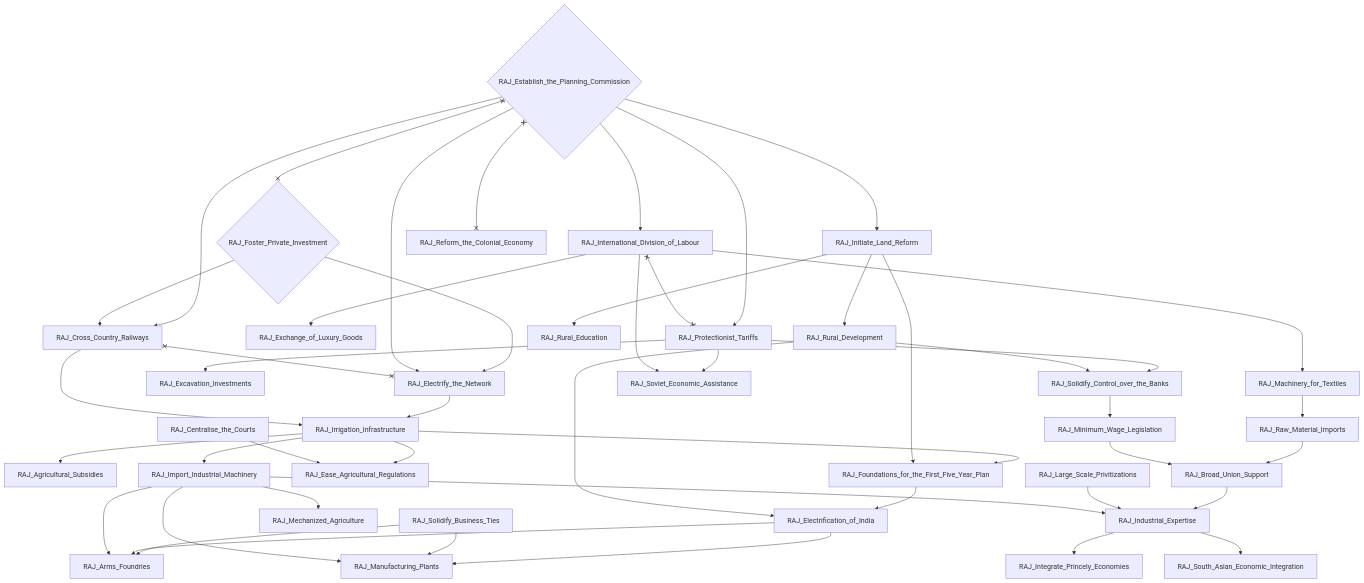
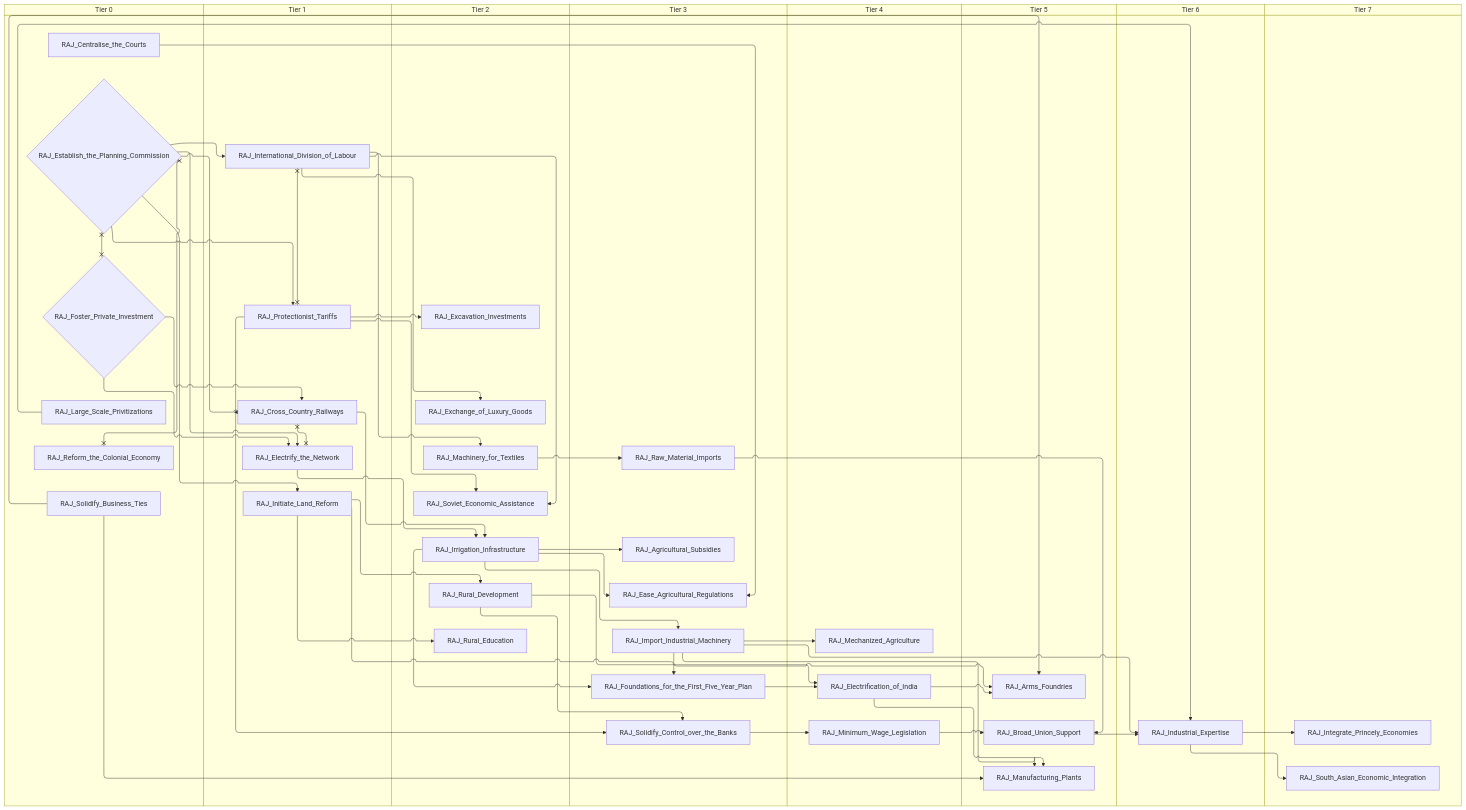
One commit to evgeny-sobol/hoi4-sandbox-mode-r56 changed the first of 7 diagrams in docs/gdd/National Focuses/r56/r56_india_shared.md. Above: the diagram before and after it, drawn with Mermaid. The commit also changed other lines of this file and 423 other files, not shown here.

First line of the commit message:
Re-export Rt56 focus trees as swimlane diagrams

````diff
--- a/docs/gdd/National Focuses/r56/r56_india_shared.md
+++ b/docs/gdd/National Focuses/r56/r56_india_shared.md
@@ -3,82 +3,98 @@
 ```mermaid
-flowchart TD
-    n1["RAJ_Agricultural_Subsidies"]
-    n2["RAJ_Arms_Foundries"]
-    n3["RAJ_Broad_Union_Support"]
-    n4["RAJ_Centralise_the_Courts"]
-    n5["RAJ_Cross_Country_Railways"]
-    n6["RAJ_Ease_Agricultural_Regulations"]
-    n7["RAJ_Electrification_of_India"]
-    n8["RAJ_Electrify_the_Network"]
-    n9{"RAJ_Establish_the_Planning_Commission"}
-    n10["RAJ_Excavation_Investments"]
-    n11["RAJ_Exchange_of_Luxury_Goods"]
-    n12{"RAJ_Foster_Private_Investment"}
-    n13["RAJ_Foundations_for_the_First_Five_Year_Plan"]
-    n14["RAJ_Import_Industrial_Machinery"]
-    n15["RAJ_Industrial_Expertise"]
-    n16["RAJ_Initiate_Land_Reform"]
-    n17["RAJ_Integrate_Princely_Economies"]
-    n18["RAJ_International_Division_of_Labour"]
-    n19["RAJ_Irrigation_Infrastructure"]
-    n20["RAJ_Large_Scale_Privitizations"]
-    n21["RAJ_Machinery_for_Textiles"]
-    n22["RAJ_Manufacturing_Plants"]
-    n23["RAJ_Mechanized_Agriculture"]
-    n24["RAJ_Minimum_Wage_Legislation"]
-    n25["RAJ_Protectionist_Tariffs"]
-    n26["RAJ_Raw_Material_Imports"]
-    n27["RAJ_Reform_the_Colonial_Economy"]
-    n28["RAJ_Rural_Development"]
-    n29["RAJ_Rural_Education"]
-    n30["RAJ_Solidify_Business_Ties"]
-    n31["RAJ_Solidify_Control_over_the_Banks"]
-    n32["RAJ_South_Asian_Economic_Integration"]
-    n33["RAJ_Soviet_Economic_Assistance"]
-    n19 --> n1
-    n30 --> n2
-    n7 --> n2
-    n14 --> n2
-    n26 --> n3
-    n24 --> n3
-    n9 --> n5
-    n12 --> n5
-    n19 --> n6
-    n4 --> n6
-    n13 --> n7
-    n28 --> n7
-    n12 --> n8
-    n9 --> n8
-    n25 --> n10
-    n18 --> n11
-    n19 --> n13
-    n16 --> n13
-    n19 --> n14
-    n3 --> n15
-    n20 --> n15
-    n14 --> n15
+swimlane-beta TD
+    subgraph tier_0["Tier 0"]
+        n1["RAJ_Centralise_the_Courts"]
+        n2{"RAJ_Establish_the_Planning_Commission"}
+        n3{"RAJ_Foster_Private_Investment"}
+        n4["RAJ_Large_Scale_Privitizations"]
+        n5["RAJ_Reform_the_Colonial_Economy"]
+        n6["RAJ_Solidify_Business_Ties"]
+    end
+    subgraph tier_1["Tier 1"]
+        n7["RAJ_Cross_Country_Railways"]
+        n8["RAJ_Electrify_the_Network"]
+        n9["RAJ_Initiate_Land_Reform"]
+        n10["RAJ_International_Division_of_Labour"]
+        n11["RAJ_Protectionist_Tariffs"]
+    end
+    subgraph tier_2["Tier 2"]
+        n12["RAJ_Excavation_Investments"]
+        n13["RAJ_Exchange_of_Luxury_Goods"]
+        n14["RAJ_Irrigation_Infrastructure"]
+        n15["RAJ_Machinery_for_Textiles"]
+        n16["RAJ_Rural_Development"]
+        n17["RAJ_Rural_Education"]
+        n18["RAJ_Soviet_Economic_Assistance"]
+    end
+    subgraph tier_3["Tier 3"]
+        n19["RAJ_Agricultural_Subsidies"]
+        n20["RAJ_Ease_Agricultural_Regulations"]
+        n21["RAJ_Foundations_for_the_First_Five_Year_Plan"]
+        n22["RAJ_Import_Industrial_Machinery"]
+        n23["RAJ_Raw_Material_Imports"]
+        n24["RAJ_Solidify_Control_over_the_Banks"]
+    end
+    subgraph tier_4["Tier 4"]
+        n25["RAJ_Electrification_of_India"]
+        n26["RAJ_Mechanized_Agriculture"]
+        n27["RAJ_Minimum_Wage_Legislation"]
+    end
+    subgraph tier_5["Tier 5"]
+        n28["RAJ_Arms_Foundries"]
+        n29["RAJ_Broad_Union_Support"]
+        n30["RAJ_Manufacturing_Plants"]
+    end
+    subgraph tier_6["Tier 6"]
+        n31["RAJ_Industrial_Expertise"]
+    end
+    subgraph tier_7["Tier 7"]
+        n32["RAJ_Integrate_Princely_Economies"]
+        n33["RAJ_South_Asian_Economic_Integration"]
+    end
+    n14 --> n19
+    n6 --> n28
+    n25 --> n28
+    n22 --> n28
+    n23 --> n29
+    n27 --> n29
+    n2 --> n7
+    n3 --> n7
+    n14 --> n20
+    n1 --> n20
+    n21 --> n25
+    n16 --> n25
+    n3 --> n8
+    n2 --> n8
+    n11 --> n12
+    n10 --> n13
+    n14 --> n21
+    n9 --> n21
+    n14 --> n22
+    n29 --> n31
+    n4 --> n31
+    n22 --> n31
+    n2 --> n9
+    n31 --> n32
+    n2 --> n10
+    n8 --> n14
+    n7 --> n14
+    n10 --> n15
+    n25 --> n30
+    n6 --> n30
+    n22 --> n30
+    n22 --> n26
+    n24 --> n27
+    n2 --> n11
+    n15 --> n23
     n9 --> n16
-    n15 --> n17
-    n9 --> n18
-    n8 --> n19
-    n5 --> n19
-    n18 --> n21
-    n7 --> n22
-    n30 --> n22
-    n14 --> n22
-    n14 --> n23
-    n31 --> n24
-    n9 --> n25
-    n21 --> n26
-    n16 --> n28
-    n16 --> n29
-    n25 --> n31
-    n28 --> n31
-    n15 --> n32
-    n25 --> n33
-    n18 --> n33
-    n5 x--x n8
-    n9 x--x n12
-    n9 x--x n27
-    n18 x--x n25
+    n9 --> n17
+    n11 --> n24
+    n16 --> n24
+    n31 --> n33
+    n11 --> n18
+    n10 --> n18
+    n7 x--x n8
+    n2 x--x n3
+    n2 x--x n5
+    n10 x--x n11
 ```
````
